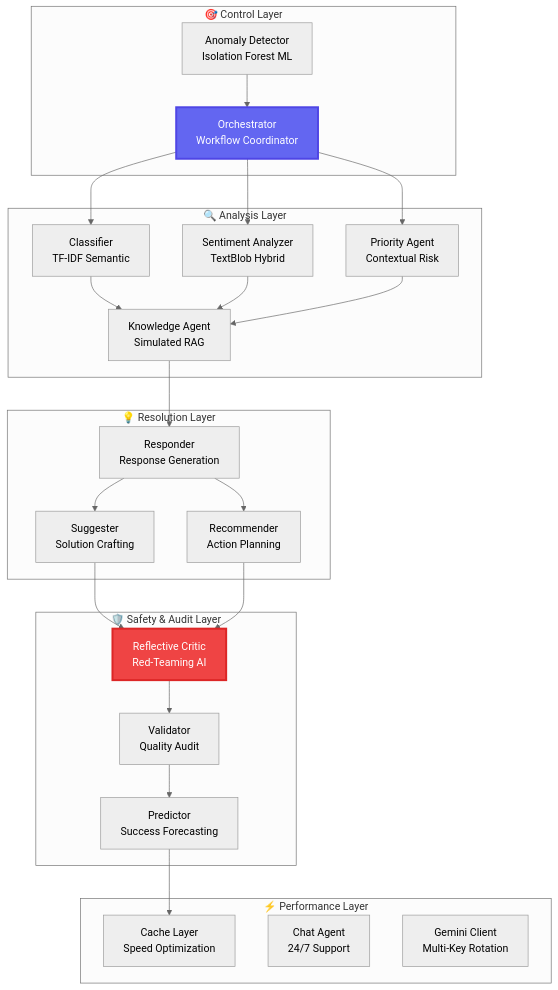
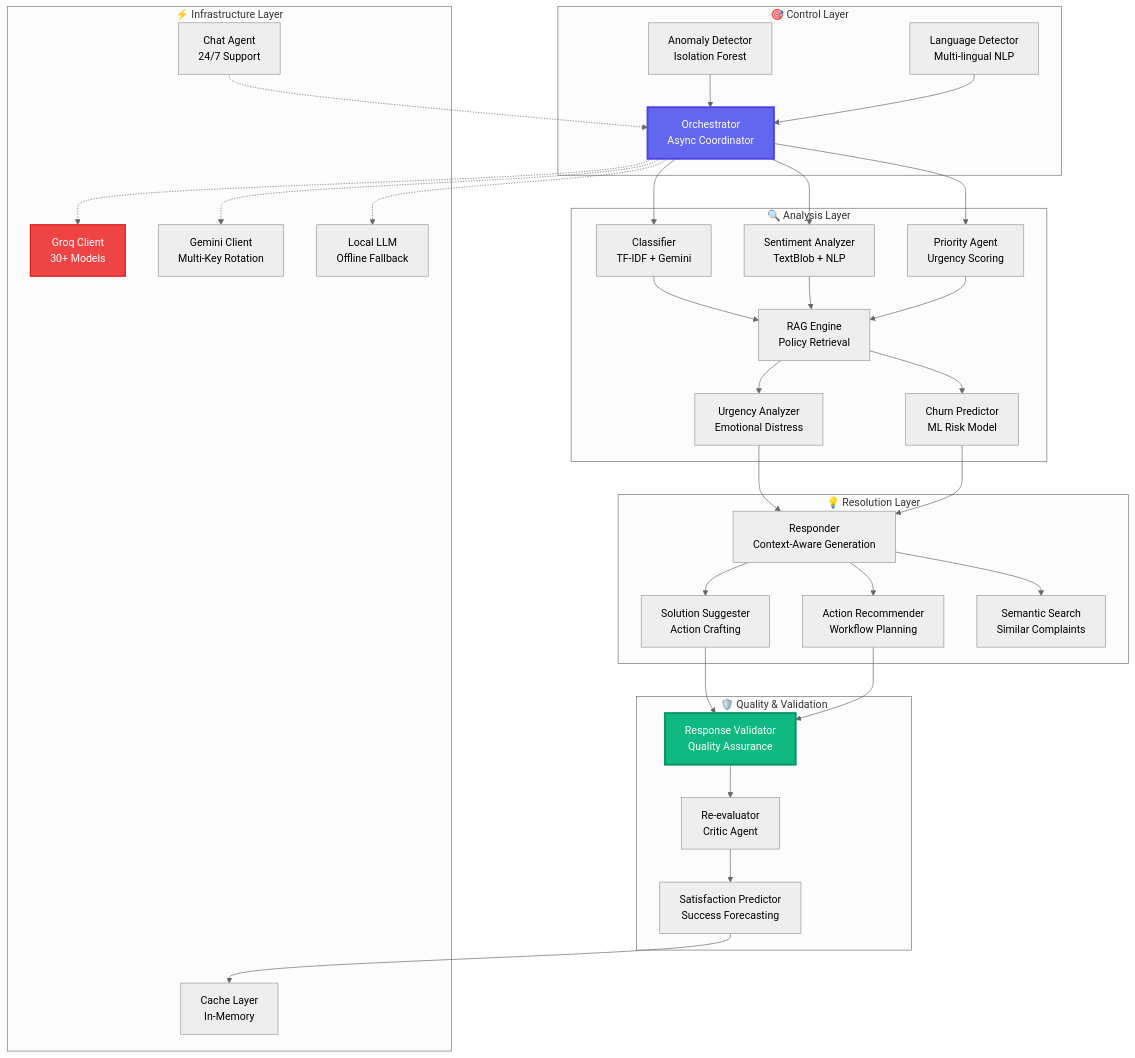
One commit to RiteshKumar2e/customer-complaint-agent_new changed the second of 6 diagrams in README.md. Above: the diagram before and after it, drawn with Mermaid (neutral theme). The commit also changed other lines of this file, not shown here.

````diff
--- a/README.md
+++ b/README.md
@@ -172,45 +178,57 @@
 ```mermaid
 graph TB
     subgraph "🎯 Control Layer"
-        A[Orchestrator<br/>Workflow Coordinator]
-        Z[Anomaly Detector<br/>Isolation Forest ML]
+        A[Orchestrator<br/>Async Coordinator]
+        Z[Anomaly Detector<br/>Isolation Forest]
+        L1[Language Detector<br/>Multi-lingual NLP]
     end
     
     subgraph "🔍 Analysis Layer"
-        B[Classifier<br/>TF-IDF Semantic]
-        C[Sentiment Analyzer<br/>TextBlob Hybrid]
-        D[Priority Agent<br/>Contextual Risk]
-        E[Knowledge Agent<br/>Simulated RAG]
+        B[Classifier<br/>TF-IDF + Gemini]
+        C[Sentiment Analyzer<br/>TextBlob + NLP]
+        D[Priority Agent<br/>Urgency Scoring]
+        E[RAG Engine<br/>Policy Retrieval]
+        U[Urgency Analyzer<br/>Emotional Distress]
+        CH[Churn Predictor<br/>ML Risk Model]
     end
     
     subgraph "💡 Resolution Layer"
-        F[Responder<br/>Response Generation]
-        G[Suggester<br/>Solution Crafting]
-        H[Recommender<br/>Action Planning]
+        F[Responder<br/>Context-Aware Generation]
+        G[Solution Suggester<br/>Action Crafting]
+        H[Action Recommender<br/>Workflow Planning]
+        S[Semantic Search<br/>Similar Complaints]
     end
   
-    subgraph "🛡️ Safety & Audit Layer"
-        I[Reflective Critic<br/>Red-Teaming AI]
-        J[Validator<br/>Quality Audit]
-        K[Predictor<br/>Success Forecasting]
+    subgraph "🛡️ Quality & Validation"
+        I[Response Validator<br/>Quality Assurance]
+        J[Re-evaluator<br/>Critic Agent]
+        K[Satisfaction Predictor<br/>Success Forecasting]
     end
     
-    subgraph "⚡ Performance Layer"
-        L[Cache Layer<br/>Speed Optimization]
-        M[Chat Agent<br/>24/7 Support]
+    subgraph "⚡ Infrastructure Layer"
+        M[Groq Client<br/>30+ Models]
         N[Gemini Client<br/>Multi-Key Rotation]
+        O[Local LLM<br/>Offline Fallback]
+        P[Cache Layer<br/>In-Memory]
+        Q[Chat Agent<br/>24/7 Support]
     end
    
     Z --> A
+    L1 --> A
     A --> B & C & D
     B & C & D --> E
-    E --> F
-    F --> G & H
+    E --> U & CH
+    U & CH --> F
+    F --> G & H & S
     G & H --> I
     I --> J
     J --> K
-    K --> L
+    K --> P
+    
+    A -.-> M & N & O
+    Q -.-> A
     
     style A fill:#6366f1,stroke:#4f46e5,stroke-width:3px,color:#fff
-    style I fill:#ef4444,stroke:#dc2626,stroke-width:3px,color:#fff
+    style I fill:#10b981,stroke:#059669,stroke-width:3px,color:#fff
+    style M fill:#ef4444,stroke:#dc2626,stroke-width:2px,color:#fff
 ```
````
